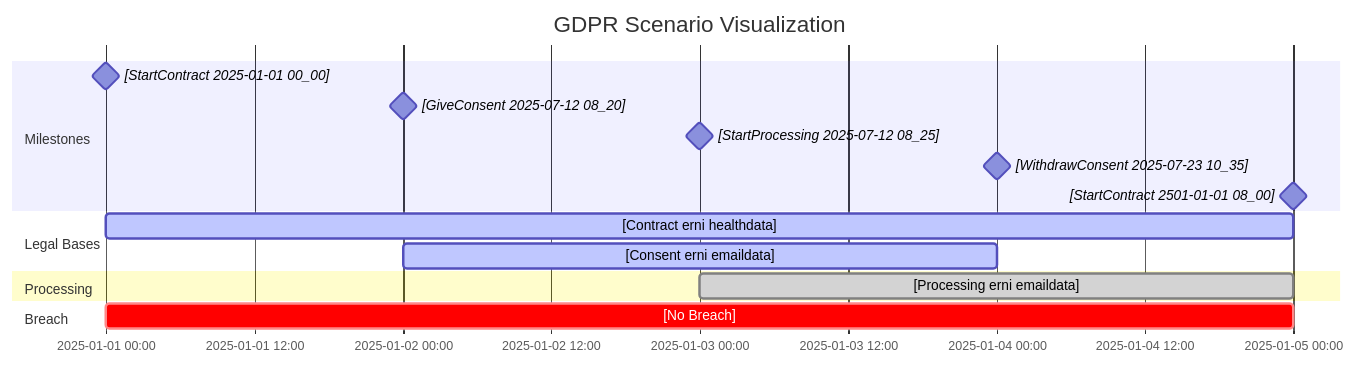
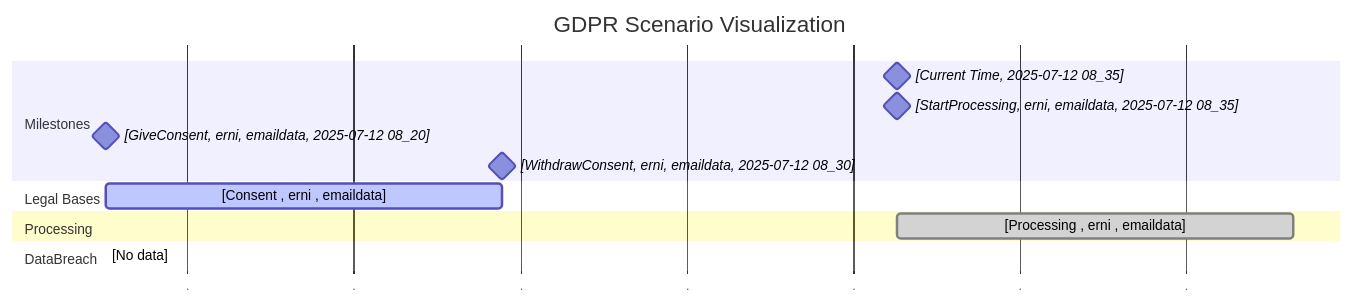
One commit to Prof-it/formal-verification changed the diagram in gdpr/report/MC_ConsentWithdrawn.mmd. Above: the diagram before and after it, drawn with Mermaid. The commit also changed other lines of this file and 32 other files, not shown here.

````diff
--- a/gdpr/report/MC_ConsentWithdrawn.mmd
+++ b/gdpr/report/MC_ConsentWithdrawn.mmd
@@ -1,23 +1,19 @@
-```mermaid
 gantt
     dateFormat  YYYY-MM-DD HH:mm
-    axisFormat  %Y-%m-%d %H:%M
+axisFormat .
     title GDPR Scenario Visualization
 
     section Milestones
-    [StartContract 2025-01-01 00_00] :milestone, id1, 2025-01-01 00:00, 0d
-    [GiveConsent 2025-07-12 08_20] :milestone, id2, 2025-01-02 00:00, 0d
-    [StartProcessing 2025-07-12 08_25] :milestone, id3, 2025-01-03 00:00, 0d
-    [WithdrawConsent 2025-07-23 10_35] :milestone, id4, 2025-01-04 00:00, 0d
-    [StartContract 2501-01-01 08_00] :milestone, id5, 2025-01-05 00:00, 0d
+        [Current Time, 2025-07-12 08_35] :milestone, ct, 2263-04-08 04:09, 0d
+    [StartProcessing, erni, emaildata, 2025-07-12 08_35] :milestone, id1, 2263-04-08 04:09, 0d
+    [GiveConsent, erni, emaildata, 2025-07-12 08_20] :milestone, id2, 2025-07-12 08:20, 0d
+    [WithdrawConsent, erni, emaildata, 2025-07-12 08_30] :milestone, id3, 2144-05-25 06:14, 0d
 
     section Legal Bases
-    [Contract erni healthdata] :active, id6, 2025-01-01 00:00, 2025-01-05 00:00
-    [Consent erni emaildata] :active, id7, 2025-01-02 00:00, 2025-01-04 00:00
+    [Consent , erni , emaildata] :active, id4, 2025-07-12 08:20, 2144-05-25 06:14
 
     section Processing
-    [Processing erni emaildata] :done, id8, 2025-01-03 00:00, 2025-01-05 00:00
+    [Processing , erni , emaildata] :done, id5, 2263-04-08 04:09, 2382-02-19 02:04
 
-    section Breach
-    [No Breach] :crit, id9, 2025-01-01 00:00, 2025-01-05 00:00
-```
+    section DataBreach
+    [No data] :crit, id6, 2025-07-12 08:20, 2025-07-12 08:35
````
